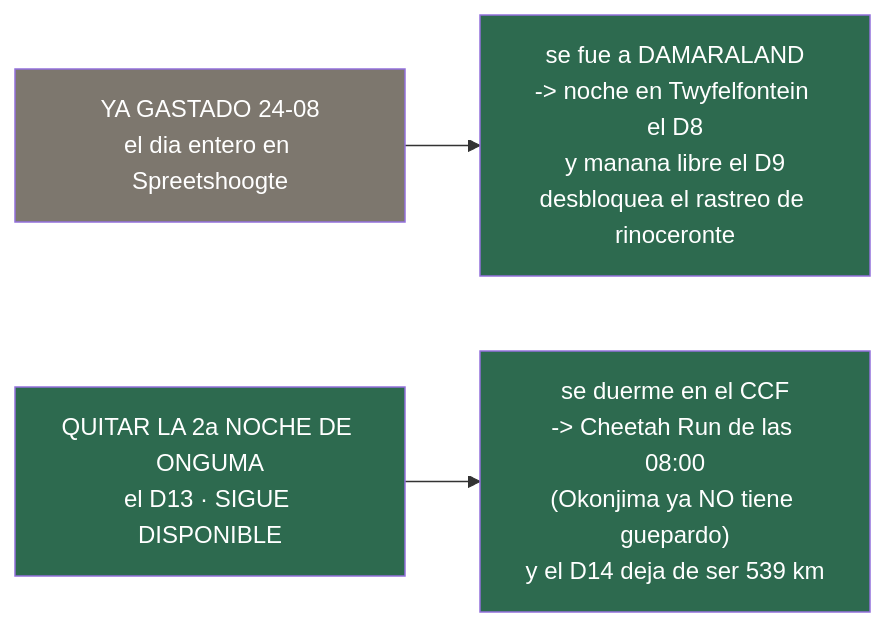
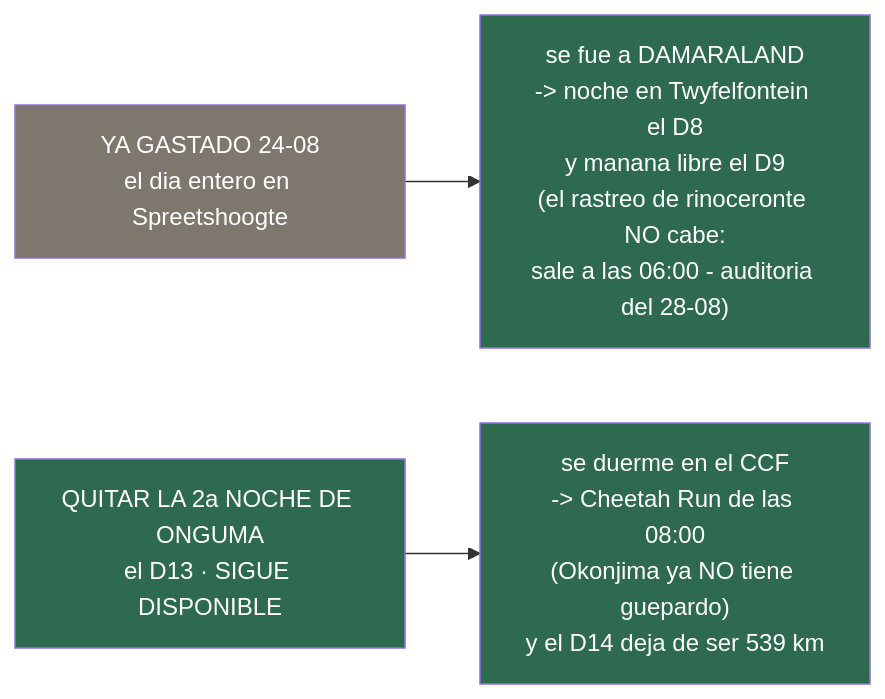
Before and after one commit to morandeirachema/namibia: the second of 2 diagrams in aparte/desvios-que-valen-la-pena.md, drawn with Mermaid. The commit also changed other lines of this file and 5 other files, not shown here.

````diff
--- a/aparte/desvios-que-valen-la-pena.md
+++ b/aparte/desvios-que-valen-la-pena.md
@@ -206,10 +207,10 @@
 ```mermaid
 flowchart LR
 %% ancho
-    A["YA GASTADO 24-08<br/>el dia entero en Spreetshoogte"] --> A2["se fue a DAMARALAND<br/>-> noche en Twyfelfontein el D8<br/>y manana libre el D9<br/>desbloquea el rastreo de rinoceronte"]
+    A["YA GASTADO 24-08<br/>el dia entero en Spreetshoogte"] --> A2["se fue a DAMARALAND<br/>-> noche en Twyfelfontein el D8<br/>y manana libre el D9<br/>(el rastreo de rinoceronte NO cabe:<br/>sale a las 06:00 - auditoria del 28-08)"]
     B["QUITAR LA 2a NOCHE DE ONGUMA<br/>el D13 · SIGUE DISPONIBLE"] --> B2["se duerme en el CCF<br/>-> Cheetah Run de las 08:00<br/>(Okonjima ya NO tiene guepardo)<br/>y el D14 deja de ser 539 km"]
     style A fill:#7D776E,color:#fff
     style B fill:#2d6a4f,color:#fff
     style A2 fill:#2d6a4f,color:#fff
     style B2 fill:#2d6a4f,color:#fff
 ```
````
